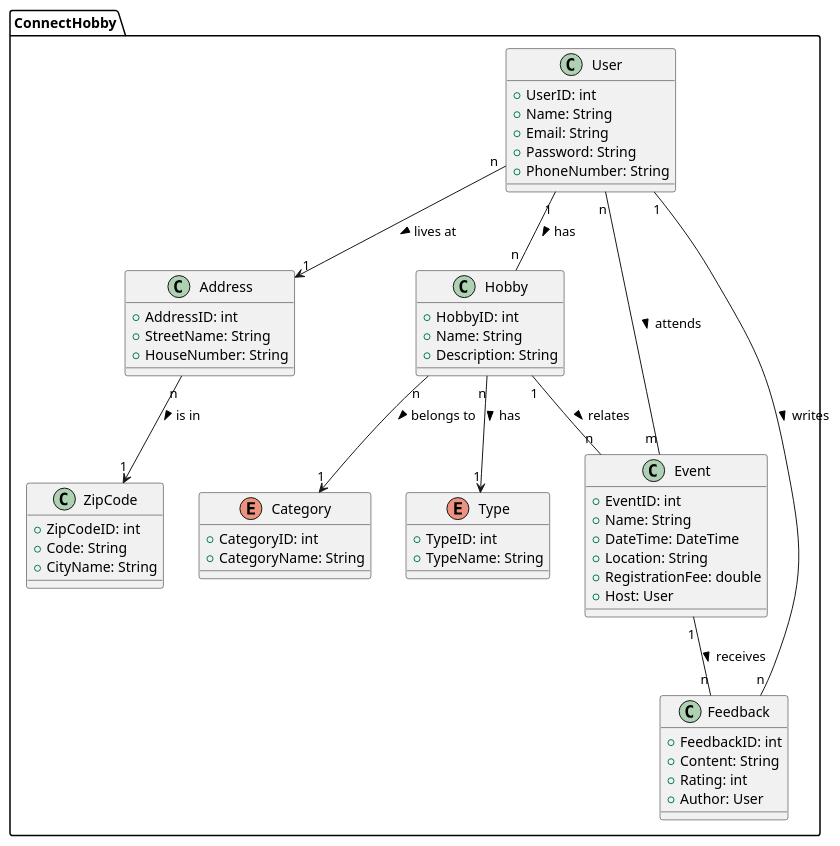
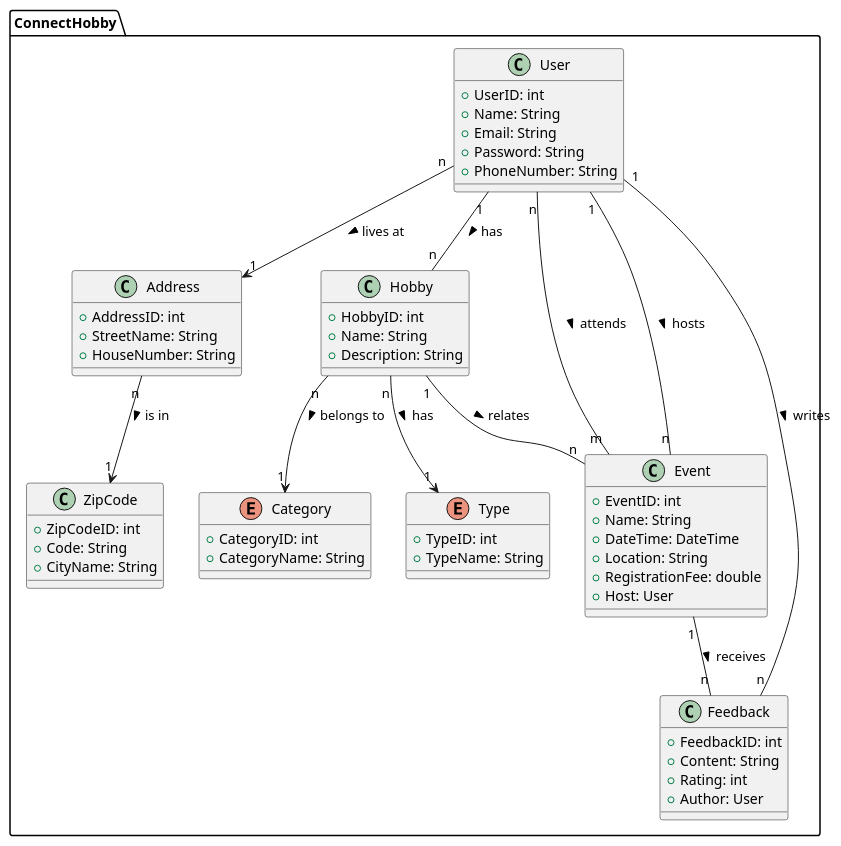
The diagram in DomainModel.puml (Peter537/Dat3-SP1), drawn with PlantUML before and after one commit.

Commit message:
Domain model updated

```diff
--- a/DomainModel.puml
+++ b/DomainModel.puml
@@ -1,65 +1,66 @@
 @startuml
 package ConnectHobby {
   class User {
      + UserID: int
      + Name: String
      + Email: String
      + Password: String
      + PhoneNumber: String
   }
 
   class Address {
      + AddressID: int
      + StreetName: String
      + HouseNumber: String
   }
 
   class ZipCode {
      + ZipCodeID: int
      + Code: String
      + CityName: String
   }
 
   class Hobby {
      + HobbyID: int
      + Name: String
      + Description: String
   }
 
   enum Category {
      + CategoryID: int
      + CategoryName: String
   }
 
   enum Type {
      + TypeID: int
      + TypeName: String
   }
 
   class Event {
      + EventID: int
      + Name: String
      + DateTime: DateTime
      + Location: String
      + RegistrationFee: double
      + Host: User
   }
 
   class Feedback {
      + FeedbackID: int
      + Content: String
      + Rating: int
      + Author: User
   }
 
   User "n" --> "1" Address : lives at >
   Address "n" --> "1" ZipCode : is in >
   User "1" -- "n" Hobby : has >
   Hobby "n" --> "1" Category : belongs to >
   Hobby "n" --> "1" Type : has >
   User "n" -- "m" Event : attends >
+  User "1" -- "n" Event : hosts >
   Hobby "1" -- "n" Event : relates >
   Event "1" -- "n" Feedback : receives >
   User "1" -- "n" Feedback : writes >
 }
 @enduml
```
